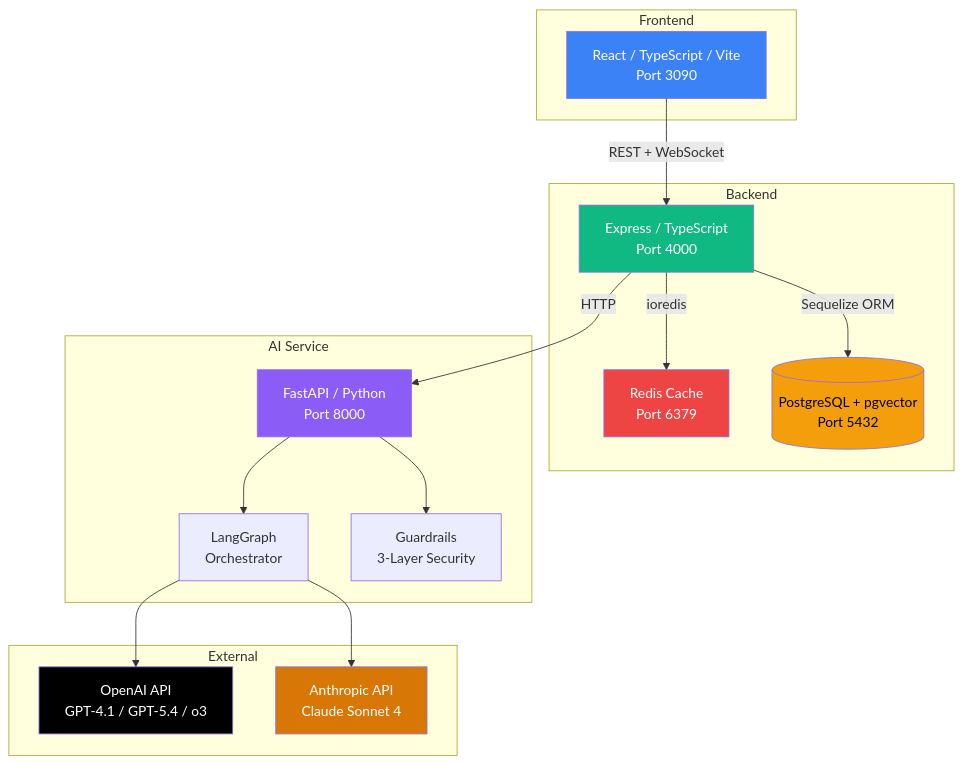
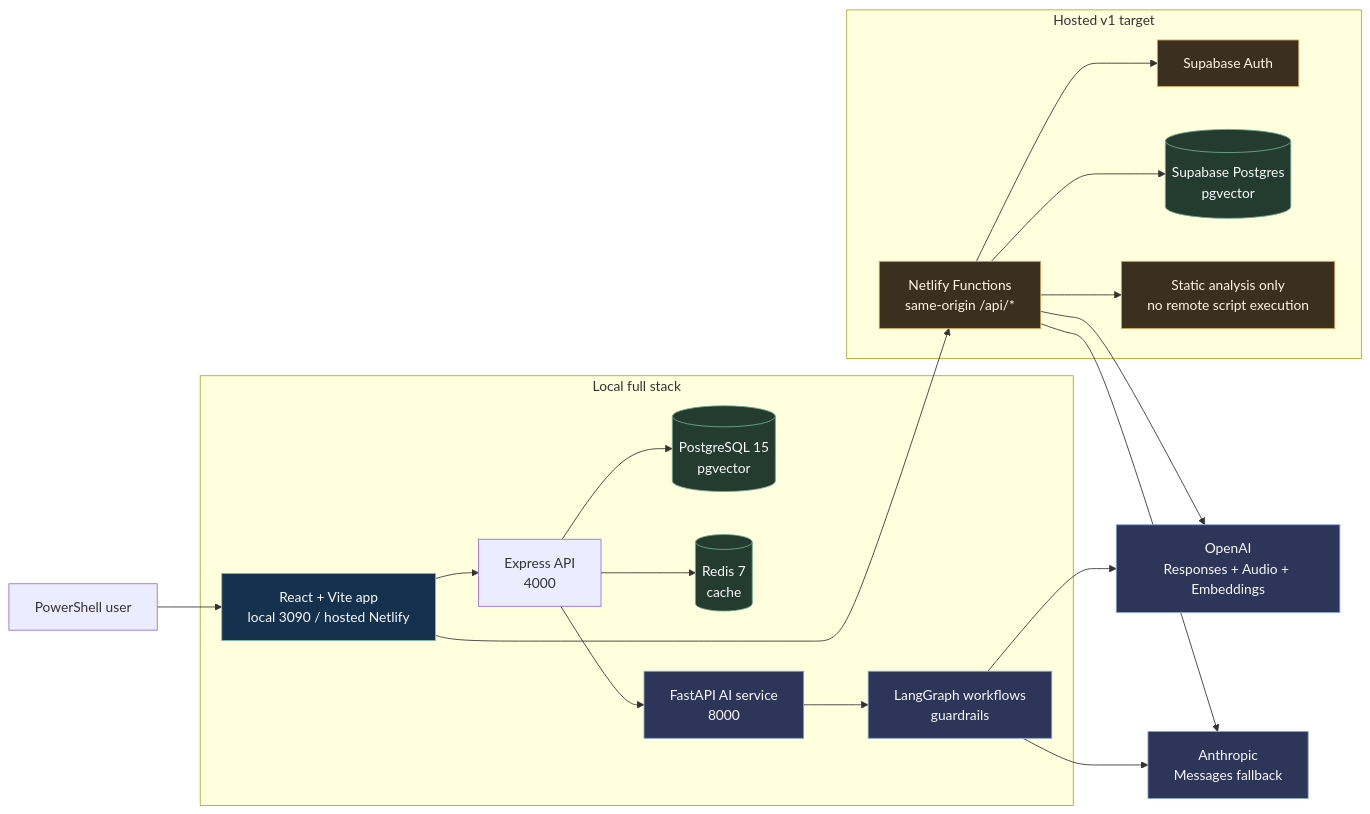
One commit to Morlock52/psscript changed the first of 2 diagrams in README.md. Above: the diagram before and after it, drawn with Mermaid. The commit also changed other lines of this file and 67 other files, not shown here.

Commit message:
Recover AI analysis and hosted deployment path

````diff
--- a/README.md
+++ b/README.md
@@ -54,40 +59,33 @@
 ```mermaid
-graph TB
-    subgraph Frontend
-        UI[React / TypeScript / Vite<br/>Port 3090]
+flowchart LR
+    User["PowerShell user"] --> UI["React + Vite app<br/>local 3090 / hosted Netlify"]
+
+    subgraph Local["Local full stack"]
+        UI --> API["Express API<br/>4000"]
+        API --> DB[("PostgreSQL 15<br/>pgvector")]
+        API --> Redis[("Redis 7<br/>cache")]
+        API --> AI["FastAPI AI service<br/>8000"]
+        AI --> Graph["LangGraph workflows<br/>guardrails"]
     end
 
-    subgraph Backend
-        API[Express / TypeScript<br/>Port 4000]
-        Cache[Redis Cache<br/>Port 6379]
-        DB[(PostgreSQL + pgvector<br/>Port 5432)]
+    subgraph Hosted["Hosted v1 target"]
+        UI --> Fn["Netlify Functions<br/>same-origin /api/*"]
+        Fn --> SupaAuth["Supabase Auth"]
+        Fn --> SupaDB[("Supabase Postgres<br/>pgvector")]
+        Fn --> StaticOnly["Static analysis only<br/>no remote script execution"]
     end
 
-    subgraph AI Service
-        FastAPI[FastAPI / Python<br/>Port 8000]
-        LG[LangGraph<br/>Orchestrator]
-        Guard[Guardrails<br/>3-Layer Security]
-    end
+    Graph --> OpenAI["OpenAI<br/>Responses + Audio + Embeddings"]
+    Graph --> Anthropic["Anthropic<br/>Messages fallback"]
+    Fn --> OpenAI
+    Fn --> Anthropic
 
-    subgraph External
-        OpenAI[OpenAI API<br/>GPT-4.1 / GPT-5.4 / o3]
-        Anthropic[Anthropic API<br/>Claude Sonnet 4]
-    end
-
-    UI -->|REST + WebSocket| API
-    API -->|Sequelize ORM| DB
-    API -->|ioredis| Cache
-    API -->|HTTP| FastAPI
-    FastAPI --> LG
-    FastAPI --> Guard
-    LG --> OpenAI
-    LG --> Anthropic
-
-    style UI fill:#3b82f6,color:#fff
-    style API fill:#10b981,color:#fff
-    style FastAPI fill:#8b5cf6,color:#fff
-    style DB fill:#f59e0b,color:#000
-    style Cache fill:#ef4444,color:#fff
-    style OpenAI fill:#000,color:#fff
-    style Anthropic fill:#d97706,color:#fff
+    classDef ui fill:#15314d,stroke:#80bdb0,color:#f8fafc
+    classDef data fill:#243b30,stroke:#72a98f,color:#f8fafc
+    classDef ai fill:#2d3558,stroke:#8aa4d6,color:#f8fafc
+    classDef host fill:#3b2f1f,stroke:#d6a95c,color:#fff8e6
+    class UI ui
+    class DB,Redis,SupaDB data
+    class AI,Graph,OpenAI,Anthropic ai
+    class Fn,SupaAuth,StaticOnly host
 ```
````
